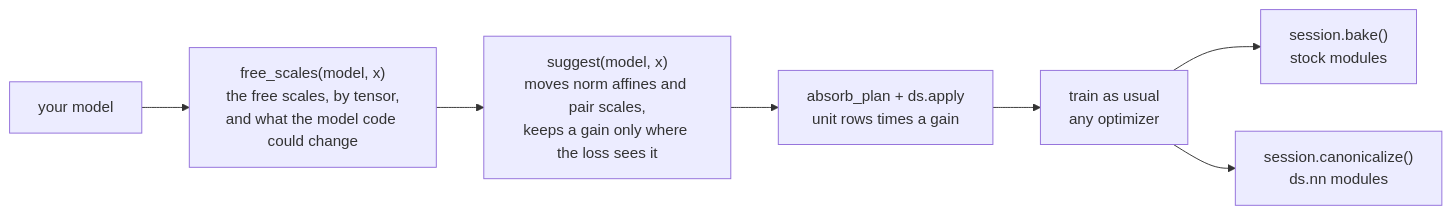
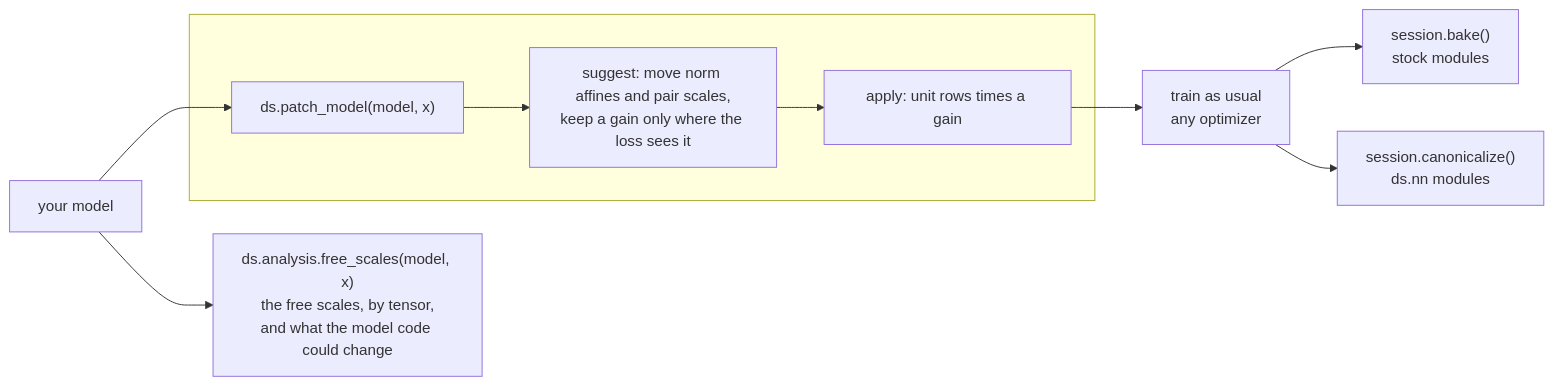
One commit to KohakuBlueleaf/DragonScale changed the diagram in README.md. Above: the diagram before and after it, drawn with Mermaid. The commit also changed other lines of this file and 11 other files, not shown here.

First line of the commit message:
Faster eager launches; ds.patch_model; teaser title

````diff
--- a/README.md
+++ b/README.md
@@ -97,9 +97,12 @@
 ```mermaid
 flowchart LR
-    model["your model"] --> report["free_scales(model, x)<br/>the free scales, by tensor,<br/>and what the model code could change"]
-    report --> plan["suggest(model, x)<br/>moves norm affines and pair scales,<br/>keeps a gain only where the loss sees it"]
-    plan --> apply["absorb_plan + ds.apply<br/>unit rows times a gain"]
+    model["your model"] --> report["ds.analysis.free_scales(model, x)<br/>the free scales, by tensor,<br/>and what the model code could change"]
+    model --> patch["ds.patch_model(model, x)"]
+    subgraph patch_steps [" "]
+        patch --> plan["suggest: move norm affines and pair scales,<br/>keep a gain only where the loss sees it"]
+        plan --> apply["apply: unit rows times a gain"]
+    end
     apply --> train["train as usual<br/>any optimizer"]
     train --> out["session.bake()<br/>stock modules"]
     train --> native["session.canonicalize()<br/>ds.nn modules"]
 ```
````
